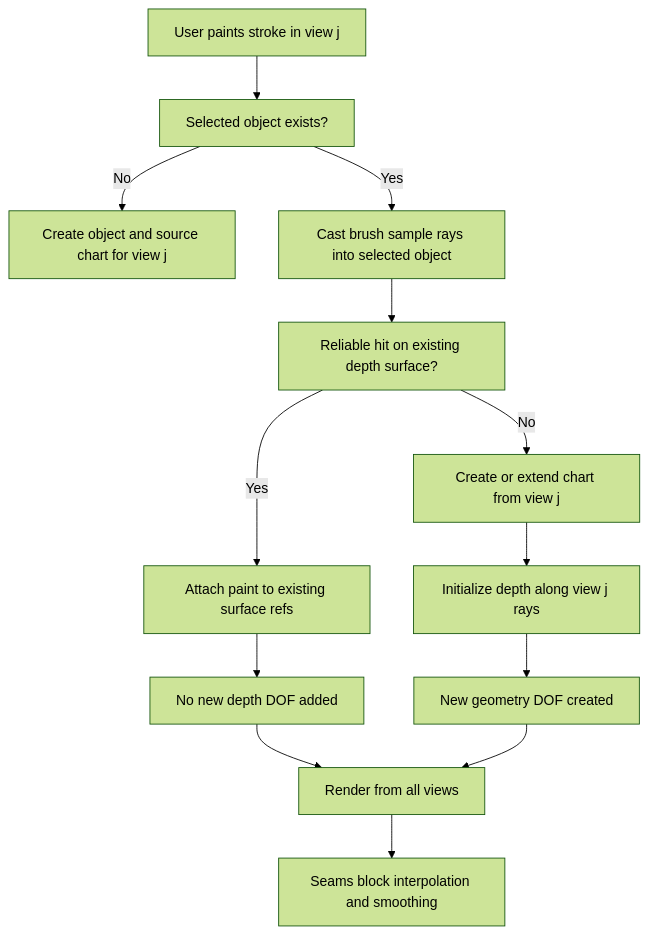
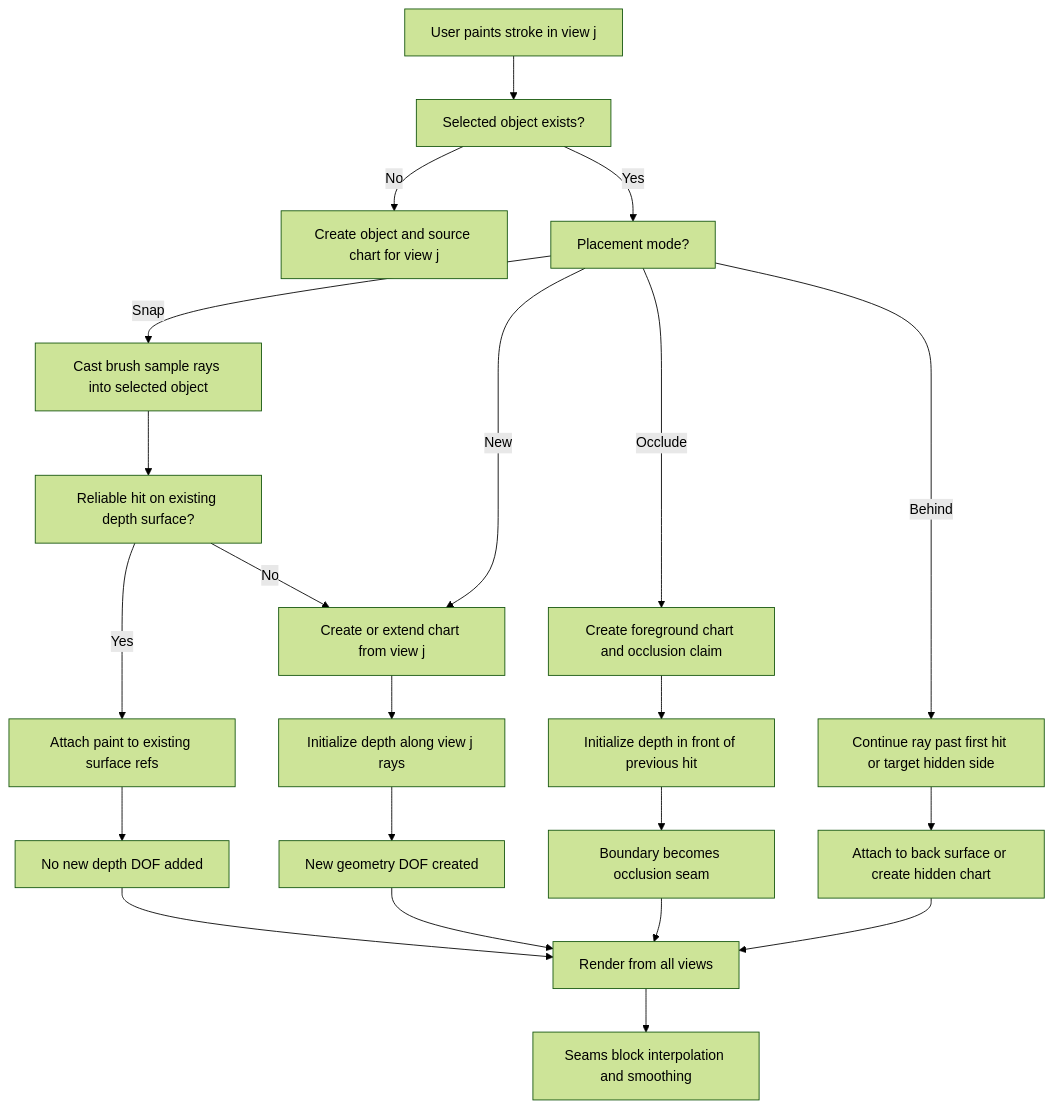
One commit to wooningeire/nprush changed the diagram in src/lib/paint-modeling/README.md. Above: the diagram before and after it, drawn with Mermaid (forest theme). The commit also changed other lines of this file and 7 other files, not shown here.

````diff
--- a/src/lib/paint-modeling/README.md
+++ b/src/lib/paint-modeling/README.md
@@ -275,15 +425,24 @@
 ```mermaid
 flowchart TD
     A["User paints stroke in view j"] --> B["Selected object exists?"]
     B -->|No| C["Create object and source chart for view j"]
-    B -->|Yes| D["Cast brush sample rays into selected object"]
+    B -->|Yes| P["Placement mode?"]
+    P -->|Snap| D["Cast brush sample rays into selected object"]
+    P -->|New| H["Create or extend chart from view j"]
+    P -->|Occlude| O["Create foreground chart and occlusion claim"]
+    P -->|Behind| R["Continue ray past first hit or target hidden side"]
     D --> E["Reliable hit on existing depth surface?"]
     E -->|Yes| F["Attach paint to existing surface refs"]
     F --> G["No new depth DOF added"]
     E -->|No| H["Create or extend chart from view j"]
     H --> I["Initialize depth along view j rays"]
     I --> J["New geometry DOF created"]
+    O --> Q["Initialize depth in front of previous hit"]
+    Q --> S["Boundary becomes occlusion seam"]
+    R --> T["Attach to back surface or create hidden chart"]
     G --> K["Render from all views"]
     J --> K
+    S --> K
+    T --> K
     K --> L["Seams block interpolation and smoothing"]
 ```
````
